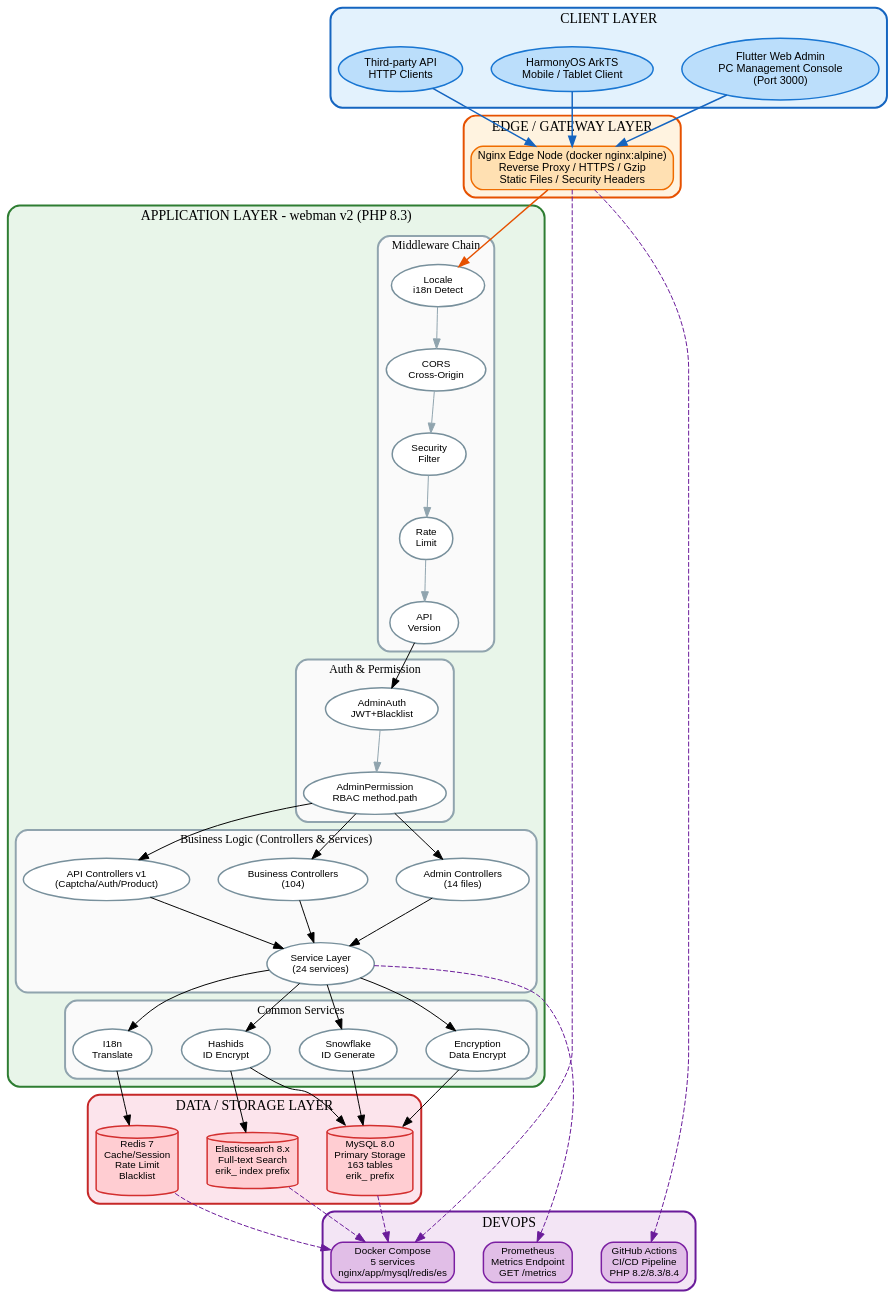
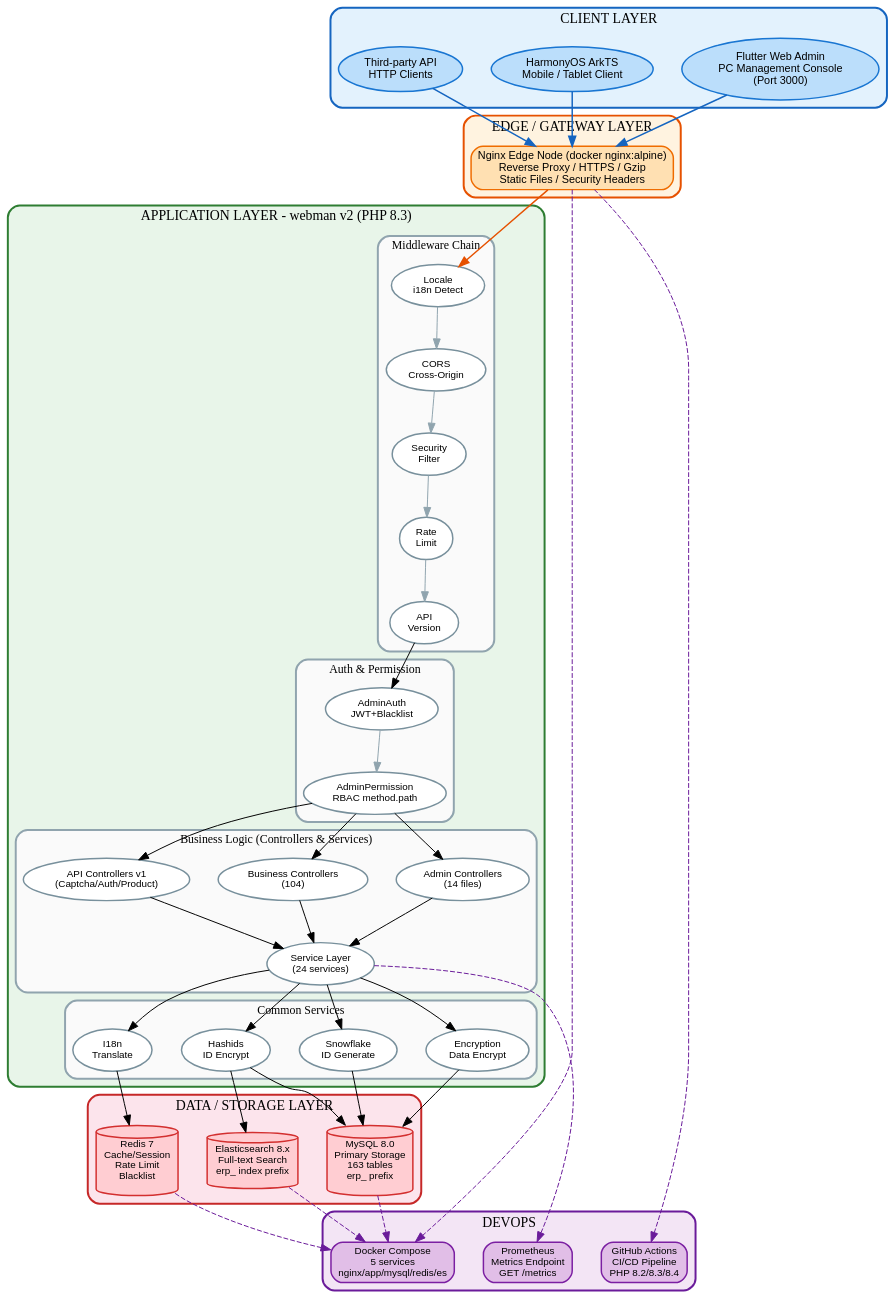
The diagram in docs/diagrams/system-architecture.dot (erikwang2013/erp-php), drawn with Graphviz before and after one commit. The commit also changed 449 other files, not shown here.

```diff
--- a/docs/diagrams/system-architecture.dot
+++ b/docs/diagrams/system-architecture.dot
@@ -1,104 +1,104 @@
 digraph SystemArchitecture {
     rankdir=TB;
     fontname="Arial";
     fontsize=14;
     bgcolor="transparent";
     nodesep=0.4;
     ranksep=0.6;
     compound=true;
 
     node [fontname="Arial", fontsize=11, style="filled,rounded", penwidth=1.5];
 
     subgraph cluster_client {
         label="CLIENT LAYER";
         fontsize=14; fontname="Arial Bold";
         style="filled,rounded"; fillcolor="#e3f2fd"; color="#1565c0"; penwidth=2;
         a1 [label="Flutter Web Admin\nPC Management Console\n(Port 3000)", fillcolor="#bbdefb", color="#1976d2"];
         a2 [label="HarmonyOS ArkTS\nMobile / Tablet Client", fillcolor="#bbdefb", color="#1976d2"];
         a3 [label="Third-party API\nHTTP Clients", fillcolor="#bbdefb", color="#1976d2"];
     }
 
     subgraph cluster_edge {
         label="EDGE / GATEWAY LAYER";
         fontsize=14; fontname="Arial Bold";
         style="filled,rounded"; fillcolor="#fff3e0"; color="#e65100"; penwidth=2;
         b1 [label="Nginx Edge Node (docker nginx:alpine)\nReverse Proxy / HTTPS / Gzip\nStatic Files / Security Headers", fillcolor="#ffe0b2", color="#ef6c00", shape="box"];
     }
 
     subgraph cluster_app {
         label="APPLICATION LAYER - webman v2 (PHP 8.3)";
         fontsize=14; fontname="Arial Bold";
         style="filled,rounded"; fillcolor="#e8f5e9"; color="#2e7d32"; penwidth=2;
 
         subgraph cluster_mw {
             label="Middleware Chain";
             fontsize=12; fontname="Arial Bold";
             style="filled,rounded"; fillcolor="#fafafa"; color="#90a4ae";
             node [fillcolor="#ffffff", color="#78909c", fontsize=10];
             m1 [label="Locale\ni18n Detect"]; m2 [label="CORS\nCross-Origin"]; m3 [label="Security\nFilter"]; m4 [label="Rate\nLimit"]; m5 [label="API\nVersion"];
             m1 -> m2 -> m3 -> m4 -> m5 [color="#90a4ae"];
         }
 
         subgraph cluster_auth {
             label="Auth & Permission";
             fontsize=12; fontname="Arial Bold";
             style="filled,rounded"; fillcolor="#fafafa"; color="#90a4ae";
             node [fillcolor="#ffffff", color="#78909c", fontsize=10];
             m6 [label="AdminAuth\nJWT+Blacklist"]; m7 [label="AdminPermission\nRBAC method.path"];
             m6 -> m7 [color="#90a4ae"];
         }
 
         subgraph cluster_biz {
             label="Business Logic (Controllers & Services)";
             fontsize=12; fontname="Arial Bold";
             style="filled,rounded"; fillcolor="#fafafa"; color="#90a4ae";
             node [fillcolor="#ffffff", color="#78909c", fontsize=10];
             c1 [label="Admin Controllers\n(14 files)"]; c2 [label="Business Controllers\n(104)"]; c3 [label="Service Layer\n(24 services)"]; c4 [label="API Controllers v1\n(Captcha/Auth/Product)"];
         }
 
         subgraph cluster_common {
             label="Common Services";
             fontsize=12; fontname="Arial Bold";
             style="filled,rounded"; fillcolor="#fafafa"; color="#90a4ae";
             node [fillcolor="#ffffff", color="#78909c", fontsize=10];
             s1 [label="Hashids\nID Encrypt"]; s2 [label="Snowflake\nID Generate"]; s3 [label="Encryption\nData Encrypt"]; s4 [label="I18n\nTranslate"];
         }
 
         m5 -> m6; m7 -> c1; m7 -> c2; m7 -> c4;
         c1 -> c3; c2 -> c3; c4 -> c3;
         c3 -> s1; c3 -> s2; c3 -> s3; c3 -> s4;
     }
 
     subgraph cluster_data {
         label="DATA / STORAGE LAYER";
         fontsize=14; fontname="Arial Bold";
         style="filled,rounded"; fillcolor="#fce4ec"; color="#c62828"; penwidth=2;
         node [shape="cylinder", fillcolor="#ffcdd2", color="#d32f2f", fontsize=10];
-        d1 [label="MySQL 8.0\nPrimary Storage\n163 tables\nerik_ prefix"];
+        d1 [label="MySQL 8.0\nPrimary Storage\n163 tables\nerp_ prefix"];
         d2 [label="Redis 7\nCache/Session\nRate Limit\nBlacklist"];
-        d3 [label="Elasticsearch 8.x\nFull-text Search\nerik_ index prefix"];
+        d3 [label="Elasticsearch 8.x\nFull-text Search\nerp_ index prefix"];
     }
 
     subgraph cluster_devops {
         label="DEVOPS";
         fontsize=14; fontname="Arial Bold";
         style="filled,rounded"; fillcolor="#f3e5f5"; color="#6a1b9a"; penwidth=2;
         node [shape="box", fillcolor="#e1bee7", color="#7b1fa2", fontsize=10];
         e1 [label="GitHub Actions\nCI/CD Pipeline\nPHP 8.2/8.3/8.4"];
         e2 [label="Docker Compose\n5 services\nnginx/app/mysql/redis/es"];
         e3 [label="Prometheus\nMetrics Endpoint\nGET /metrics"];
     }
 
     a1 -> b1 [color="#1565c0", penwidth=1.5];
     a2 -> b1 [color="#1565c0", penwidth=1.5];
     a3 -> b1 [color="#1565c0", penwidth=1.5];
     b1 -> m1 [color="#e65100", penwidth=1.5];
     s1 -> d1; s2 -> d1; s3 -> d1; s1 -> d3;
     s4 -> d2;
     b1 -> e1 [style="dashed", color="#6a1b9a"];
     b1 -> e2 [style="dashed", color="#6a1b9a"];
     c3 -> e3 [style="dashed", color="#6a1b9a"];
     d1 -> e2 [style="dashed", color="#6a1b9a"];
     d2 -> e2 [style="dashed", color="#6a1b9a"];
     d3 -> e2 [style="dashed", color="#6a1b9a"];
 }
```
